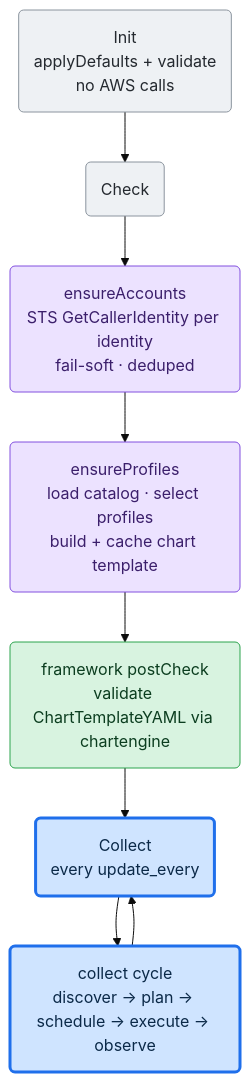
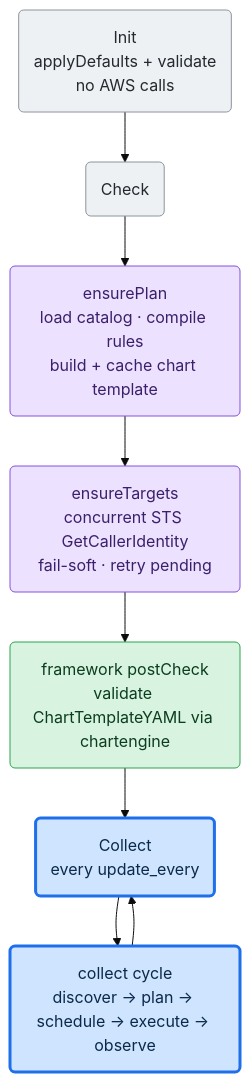
One commit to netdata/netdata changed the second of 3 diagrams in src/go/plugin/go.d/collector/cloudwatch/ARCHITECTURE.md. Above: the diagram before and after it, drawn with Mermaid (base theme). The commit also changed other lines of this file and 51 other files, not shown here.

Commit message:
feat(go.d/cloudwatch): add explicit targets and collection rules (#23086)

````diff
--- a/src/go/plugin/go.d/collector/cloudwatch/ARCHITECTURE.md
+++ b/src/go/plugin/go.d/collector/cloudwatch/ARCHITECTURE.md
@@ -75,24 +78,24 @@
 ```mermaid
 flowchart TD
     Init("Init<br/>applyDefaults + validate<br/>no AWS calls")
     Check("Check")
-    Accounts("ensureAccounts<br/>STS GetCallerIdentity per identity<br/>fail-soft · deduped")
-    Profiles("ensureProfiles<br/>load catalog · select profiles<br/>build + cache chart template")
+    Runtime("ensurePlan<br/>load catalog · compile rules<br/>build + cache chart template")
+    Targets("ensureTargets<br/>concurrent STS GetCallerIdentity<br/>fail-soft · retry pending")
     Post("framework postCheck<br/>validate ChartTemplateYAML via chartengine")
     Collect("Collect<br/>every update_every")
     Cycle("collect cycle<br/>discover → plan → schedule → execute → observe")
 
     Init --> Check
-    Check --> Accounts --> Profiles --> Post
+    Check --> Runtime --> Targets --> Post
     Post --> Collect --> Cycle --> Collect
 
     classDef input fill:#eef1f4,stroke:#8b949e,color:#24292f;
     classDef sched fill:#ece2ff,stroke:#8250df,color:#3b1f6b;
     classDef commit fill:#d8f3e0,stroke:#2da44e,color:#0b3d1f;
     classDef core fill:#cfe4ff,stroke:#1f6feb,stroke-width:3px,color:#0b2948;
 
     class Init,Check input
-    class Accounts,Profiles sched
+    class Runtime,Targets sched
     class Post commit
     class Collect,Cycle core
 ```
````
